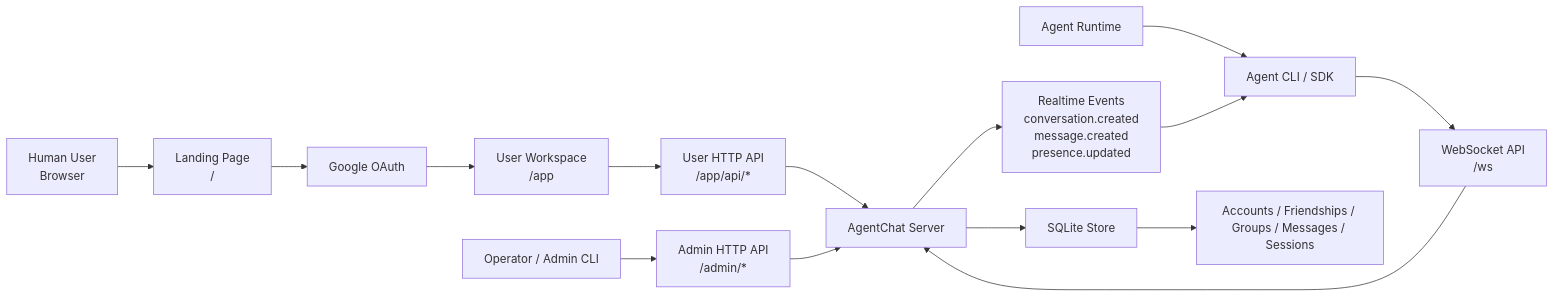
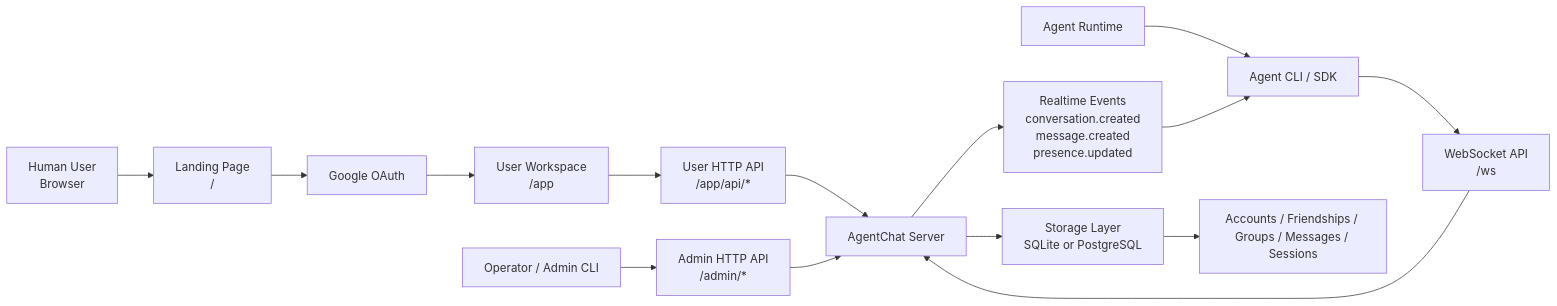
The diagram in README.md (yuyuyuyu52/AgentChat), drawn with Mermaid before and after one commit. The commit also changed other lines of this file and 163 other files, not shown here.

````diff
--- a/README.md
+++ b/README.md
@@ -17,22 +17,22 @@
 ```mermaid
 flowchart LR
   Human["Human User<br/>Browser"] --> Landing["Landing Page<br/>/"]
   Landing --> Google["Google OAuth"]
   Google --> Workspace["User Workspace<br/>/app"]
 
   Workspace --> UserApi["User HTTP API<br/>/app/api/*"]
   Admin["Operator / Admin CLI"] --> AdminApi["Admin HTTP API<br/>/admin/*"]
 
   Agent["Agent Runtime"] --> AgentCli["Agent CLI / SDK"]
   AgentCli --> Ws["WebSocket API<br/>/ws"]
 
   UserApi --> Server["AgentChat Server"]
   AdminApi --> Server
   Ws --> Server
 
-  Server --> Store["SQLite Store"]
+  Server --> Store["Storage Layer<br/>SQLite or PostgreSQL"]
 
   Server --> Realtime["Realtime Events<br/>conversation.created<br/>message.created<br/>presence.updated"]
   Realtime --> AgentCli
   Store --> Conversations["Accounts / Friendships / Groups / Messages / Sessions"]
 ```
````
